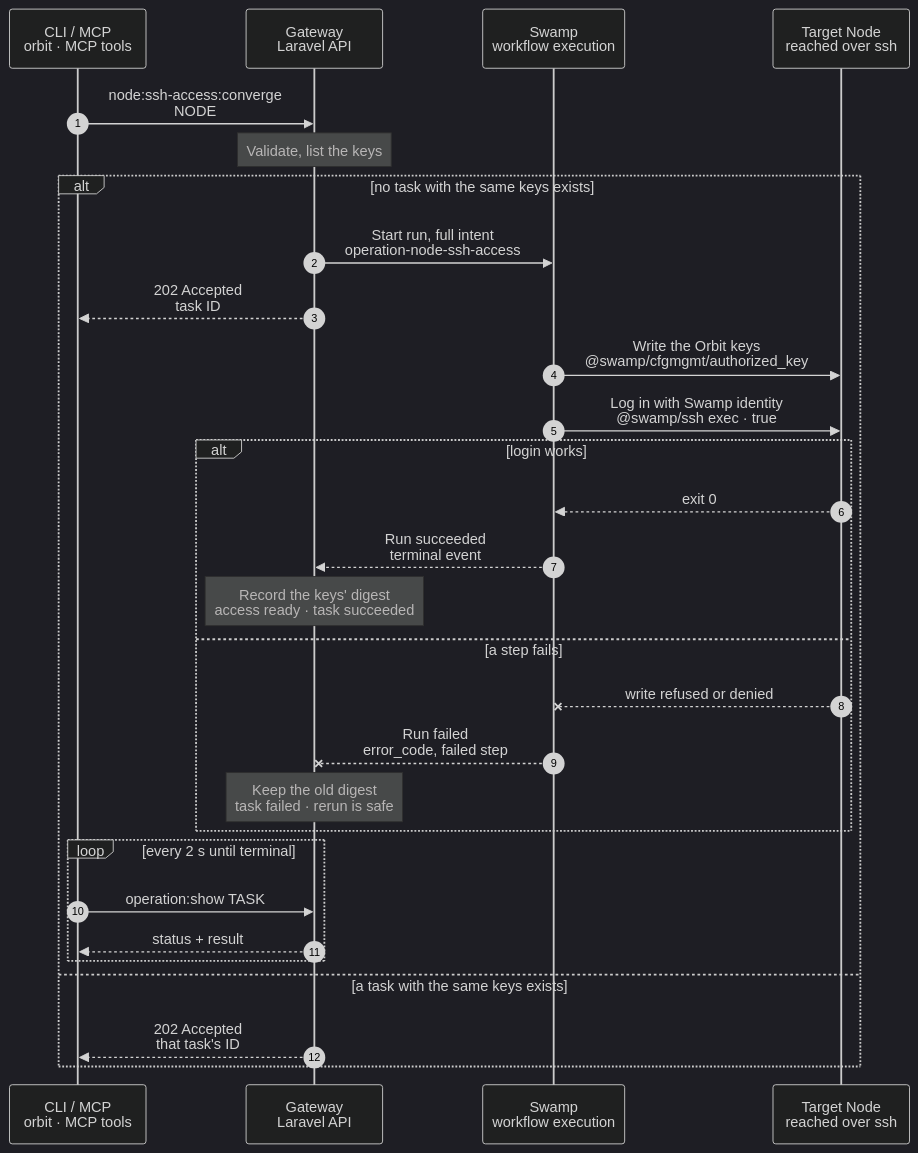
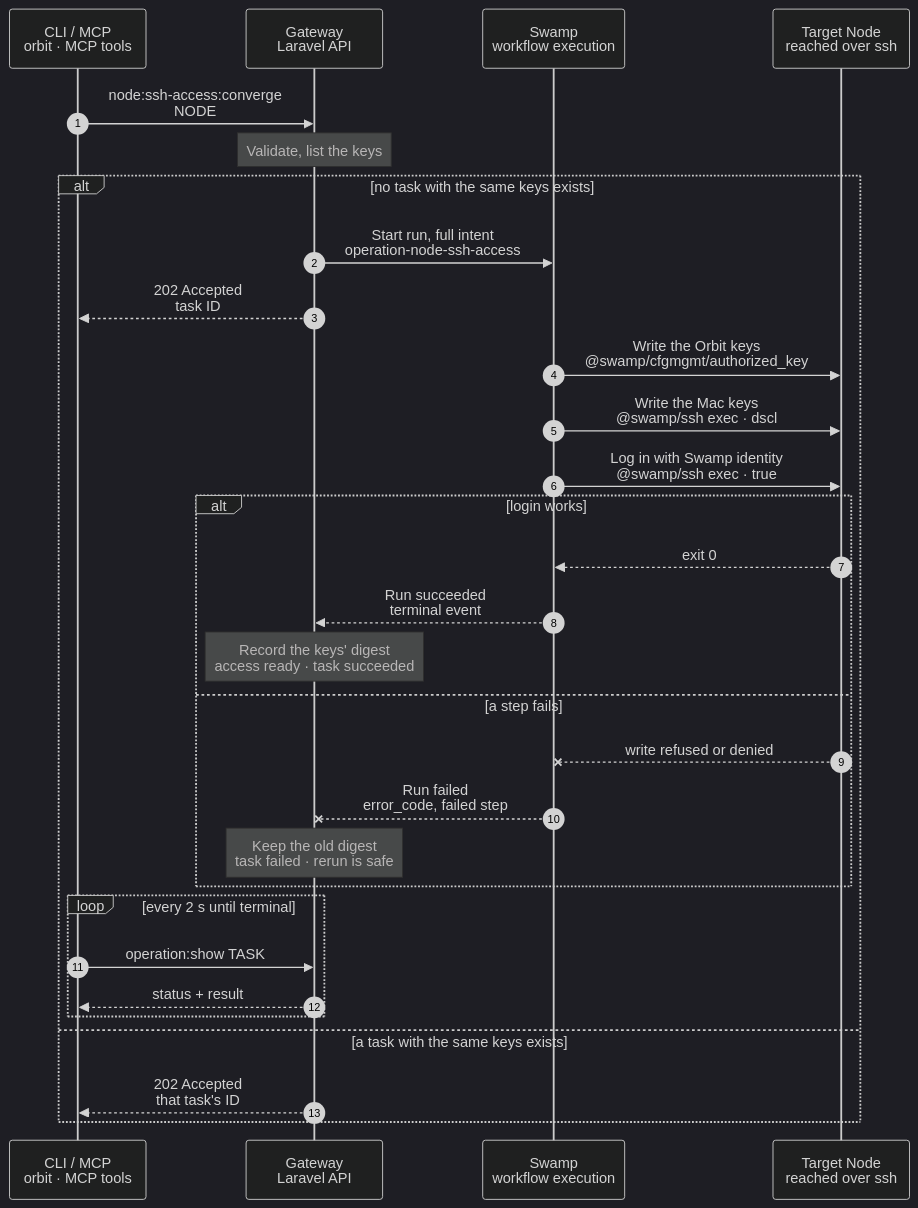
Before and after one commit to hardimpactdev/orbit: the diagram in docs/cli/node/ssh-access-converge.mmd, drawn with Mermaid (dark theme). The commit also changed 4 other files, not shown here.

Commit message:
Chart and docs: the Mac key step and the rollout's local delegation

```diff
--- a/docs/cli/node/ssh-access-converge.mmd
+++ b/docs/cli/node/ssh-access-converge.mmd
@@ -1,108 +1,115 @@
 sequenceDiagram
   %% Target design: ADR 0244 task, DECISIONS R2-R4 and 5 (one swamp-role SSH identity); Orbit only adds its own keys and never rewrites authorized_keys (Nov 1 incident); flow-tighten rule 22.
   %% status: reviewed
   %% command: node:ssh-access:converge
   %% kind: node.ssh_access_converge
   autonumber
   %% lane CLI icon=terminal pill=caller tone=gray
   %% lane GW icon=gateway pill=intent tone=blue
   %% lane SW icon=workflow pill=executes tone=green
   %% lane N icon=server pill=target tone=amber
   participant CLI as CLI / MCP<br/>orbit · MCP tools
   participant GW as Gateway<br/>Laravel API
   participant SW as Swamp<br/>workflow execution
   participant N as Target Node<br/>reached over ssh
   CLI->>GW: node:ssh-access:converge<br/>NODE
   %%> Command:
   %%> - MCP tool `node-ssh-access-converge` with the Node ID; API `POST /nodes/{node}/ssh-access/converge`
   %%> - syntax: `<node>`
   %%> Input:
   %%> - the Node only; the keys come from Orbit's records, never from the request
   %%> What it does:
   %%> - makes the target's managed account accept the Swamp Node's SSH identity, and the operator keys once Orbit records them
   %%> - keeps every other key in `authorized_keys` exactly as it is
   %%> Who can call it:
   %%> - the MCP tool and the API; the `orbit` CLI has no command for it yet
   Note over GW: Validate, list the keys
   %%> Requirements:
   %%> - the calling Node has an access grant to the target Node
   %%> - the target is an active, managed Node with stored SSH host keys (`operation.kind_unavailable`)
   %%> - its managed account is not `root`
   %%> - no other SSH access change runs for the target; the Gateway holds one lock per Node (`operation.target_busy`)
   %%> Builds:
   %%> - Orbit's keys: the `swamp` role's public key, then each operator key recorded in Orbit (none yet), in a stable order
   %%> - the digest of the target (host, user, port, host keys) plus those keys
   %%> Reuse:
   %%> - a queued or running task with the same digest for the target is returned instead of a new one; a succeeded task is not reused, so a key removed by hand is restored by the next call
   %%> Result:
   %%> - a task is recorded with the full intent; no private key in it
   alt no task with the same keys exists
     GW->>SW: Start run, full intent<br/>operation-node-ssh-access
     %%> What it does:
     %%> - starts one Swamp run
     %%> Inputs:
     %%> - Orbit's keys and their digest, the managed account, and the Node's platform
     %%> - the target's address and SSH host keys; the SSH identity comes from the `swamp` role
     GW-->>CLI: 202 Accepted<br/>task ID
     %%> What you get:
     %%> - the task ID, at once
     %%> Next:
     %%> - the CLI follows the task with `operation:show`
     SW->>N: Write the Orbit keys<br/>@swamp/cfgmgmt/authorized_key
     %%> What it does:
     %%> - adds each of Orbit's keys to the managed account's `authorized_keys` when it is missing, one behavior per key
     %%> Never:
     %%> - removes, reorders or changes another line, so operator keys Orbit does not manage keep their access
     %%> How:
-    %%> - on Linux, the official `@swamp/cfgmgmt/authorized_key` behavior over SSH, as the managed account
-    %%> - on a Mac, which has no `getent` for that behavior: `@swamp/ssh` exec as the managed account; `dscl` names its home, and a key whose type and body are missing is appended as one line
+    %%> - the official `@swamp/cfgmgmt/authorized_key` behavior over SSH, as the managed account
+    %%> - only on a Node whose platform is not `macos`: the behavior reads the account with `getent`, which macOS lacks
     %%> Not included:
     %%> - a Node that does not accept the `swamp` role identity yet; Node bootstrap adds that first key
+    SW->>N: Write the Mac keys<br/>@swamp/ssh exec · dscl
+    %%> What it does:
+    %%> - on a `macos` Node, the same per key: adds each of Orbit's keys to the managed account's `authorized_keys` when its type and body are missing
+    %%> How:
+    %%> - `@swamp/ssh` exec as the managed account; `dscl . -read /Users/<user> NFSHomeDirectory` names the home, a missing `.ssh` folder is made with mode 0700, and the key is appended as one line
+    %%> Never:
+    %%> - removes, reorders or changes another line
     SW->>N: Log in with Swamp identity<br/>@swamp/ssh exec · true
     %%> What it does:
     %%> - opens a new SSH session with the `swamp` role identity only, and runs `true`
     %%> Returns:
     %%> - the end check; the Gateway reads it from Swamp's run data
     %%> Why:
     %%> - access only counts as ready when the Swamp identity really logs in
     alt login works
       N-->>SW: exit 0
       %%> Returns:
       %%> - every check passed
       SW-->>GW: Run succeeded<br/>terminal event
       %%> How the Gateway learns it:
       %%> - its shared run reader sees the terminal event; Swamp never calls the Gateway
       Note over GW: Record the keys' digest<br/>access ready · task succeeded
       %%> Result:
       %%> - the target's SSH access digest is the digest of Orbit's keys
       %%> - the task succeeds
     else a step fails
       N--xSW: write refused or denied
       %%> When:
       %%> - a key cannot be added, the Swamp identity is refused at the write step, or the login check fails
       SW--xGW: Run failed<br/>error_code, failed step
       %%> The Gateway reads:
       %%> - which step failed and its error code
       Note over GW: Keep the old digest<br/>task failed · rerun is safe
       %%> Result:
       %%> - the target's recorded SSH access stays as it was
       %%> - the task fails
       %%> On the Node:
       %%> - added keys stay; there is no rollback; a cancelled, interrupted or timed-out run ends the same way
       %%> - other keys are never touched, so operator access stays
       %%> Retry:
       %%> - run the same command again after fixing the cause; keys already there are left as they are
     end
     loop every 2 s until terminal
       CLI->>GW: operation:show TASK
       %%> What it does:
       %%> - asks for the task's status every 2 seconds until it has ended
       GW-->>CLI: status + result
       %%> Returns:
       %%> - the current status, and the result once the task has ended
     end
   else a task with the same keys exists
     GW-->>CLI: 202 Accepted<br/>that task's ID
     %%> Reuse:
     %%> - a queued or running task with the same digest is returned instead of a new run, and nothing is sent to the Node
   end
```
